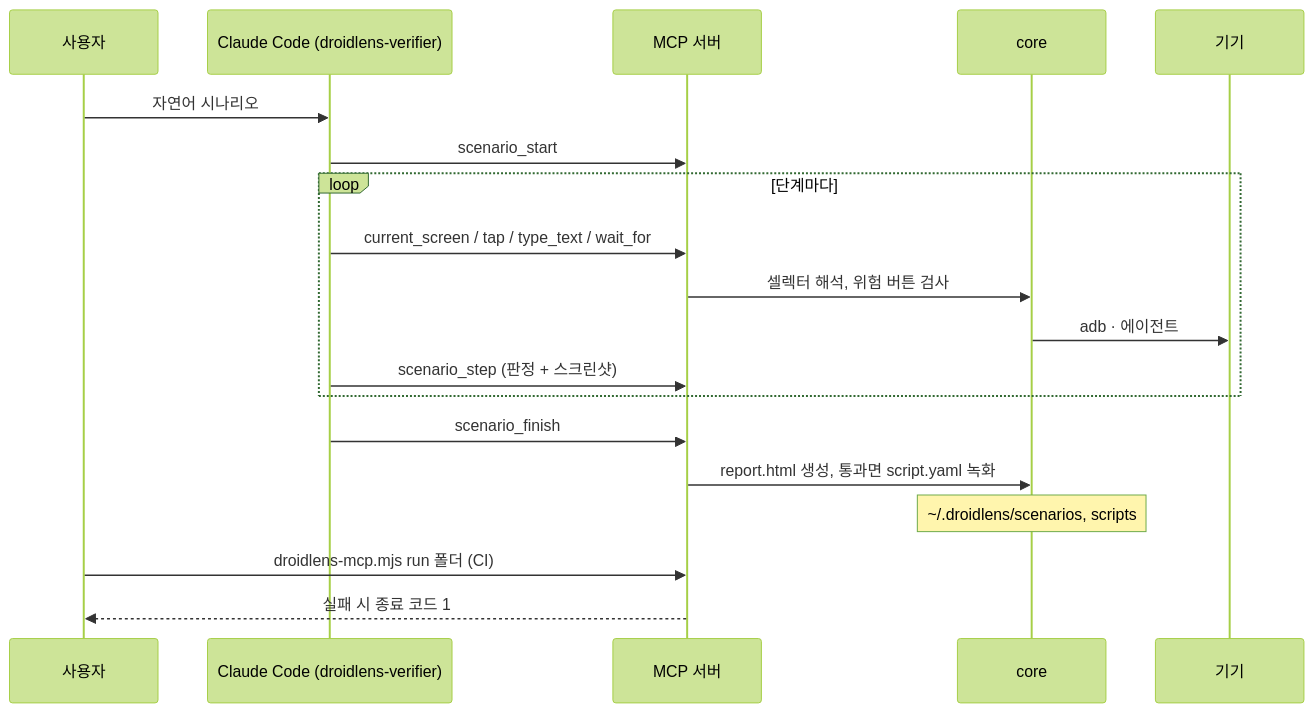
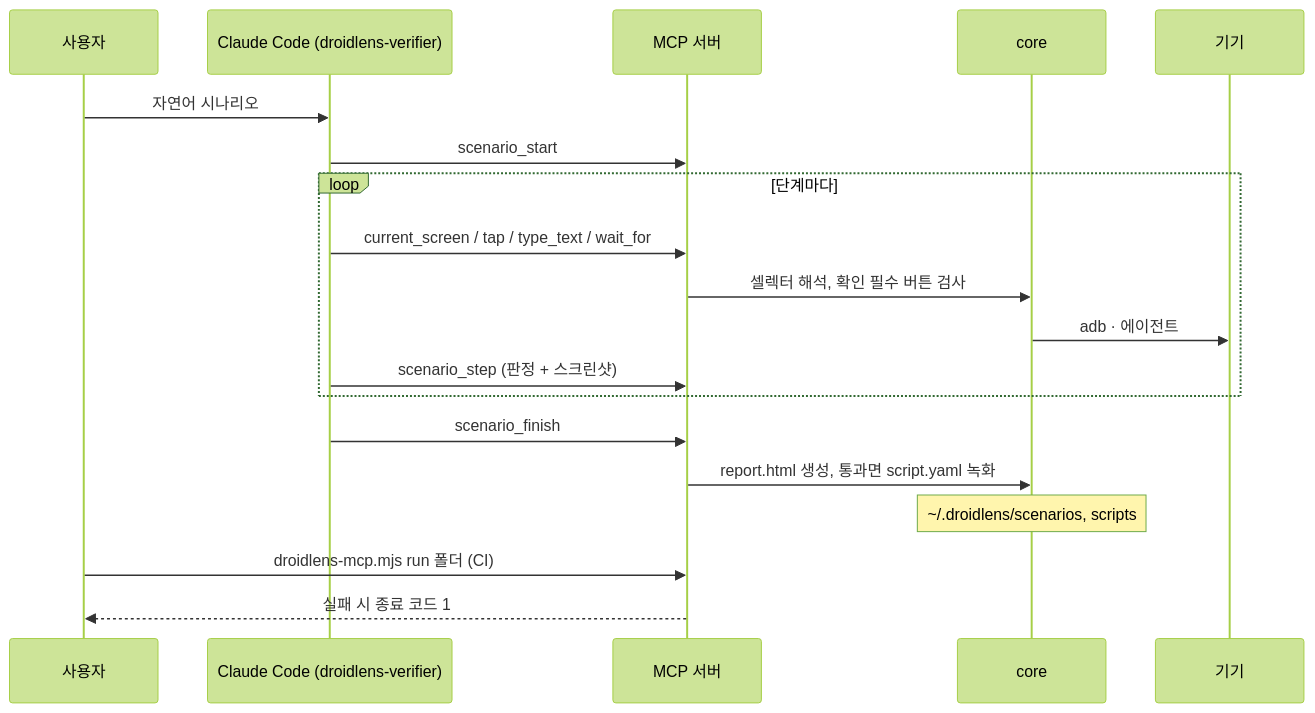
Before and after one commit to ESeungJun/droidlens: the second of 6 diagrams in docs/구현도.md, drawn with Mermaid (forest theme). The commit also changed other lines of this file and 39 other files, not shown here.

````diff
--- a/docs/구현도.md
+++ b/docs/구현도.md
@@ -103,21 +103,21 @@
 ```mermaid
 sequenceDiagram
   participant U as 사용자
   participant CC as Claude Code (droidlens-verifier)
   participant M as MCP 서버
   participant CORE as core
   participant D as 기기
   U->>CC: 자연어 시나리오
   CC->>M: scenario_start
   loop 단계마다
     CC->>M: current_screen / tap / type_text / wait_for
-    M->>CORE: 셀렉터 해석, 위험 버튼 검사
+    M->>CORE: 셀렉터 해석, 확인 필수 버튼 검사
     CORE->>D: adb · 에이전트
     CC->>M: scenario_step (판정 + 스크린샷)
   end
   CC->>M: scenario_finish
   M->>CORE: report.html 생성, 통과면 script.yaml 녹화
   Note over CORE: ~/.droidlens/scenarios, scripts
   U->>M: droidlens-mcp.mjs run 폴더 (CI)
   M-->>U: 실패 시 종료 코드 1
 ```
````
